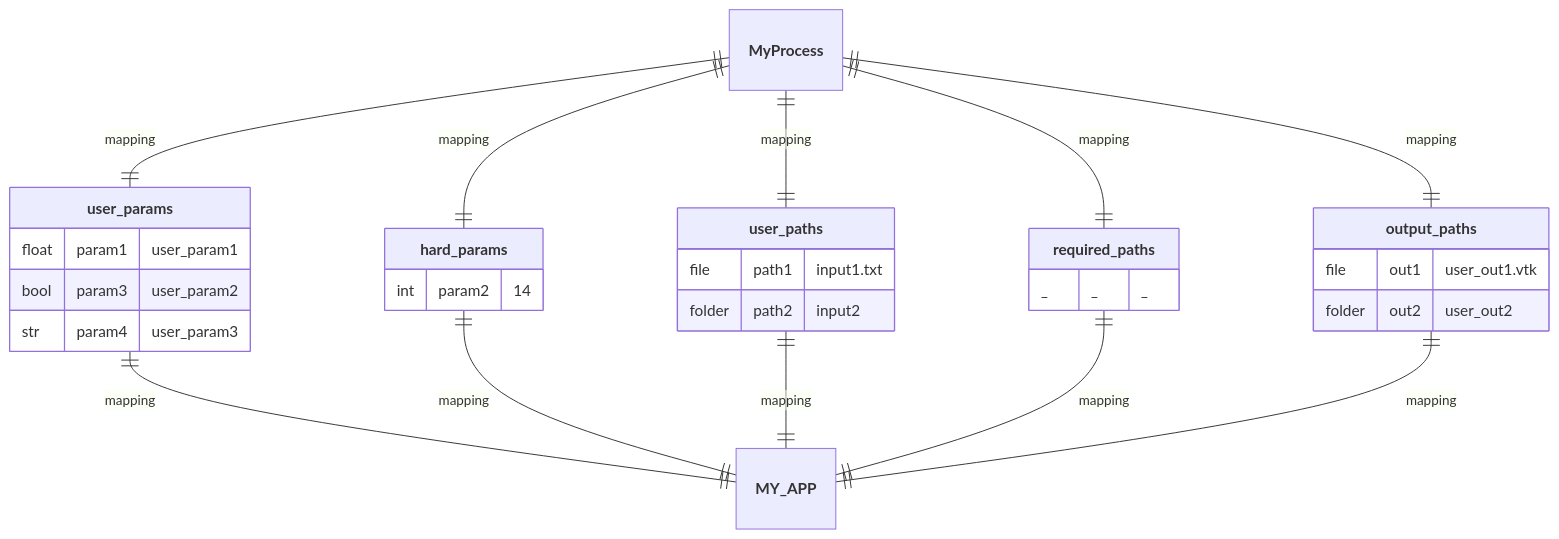
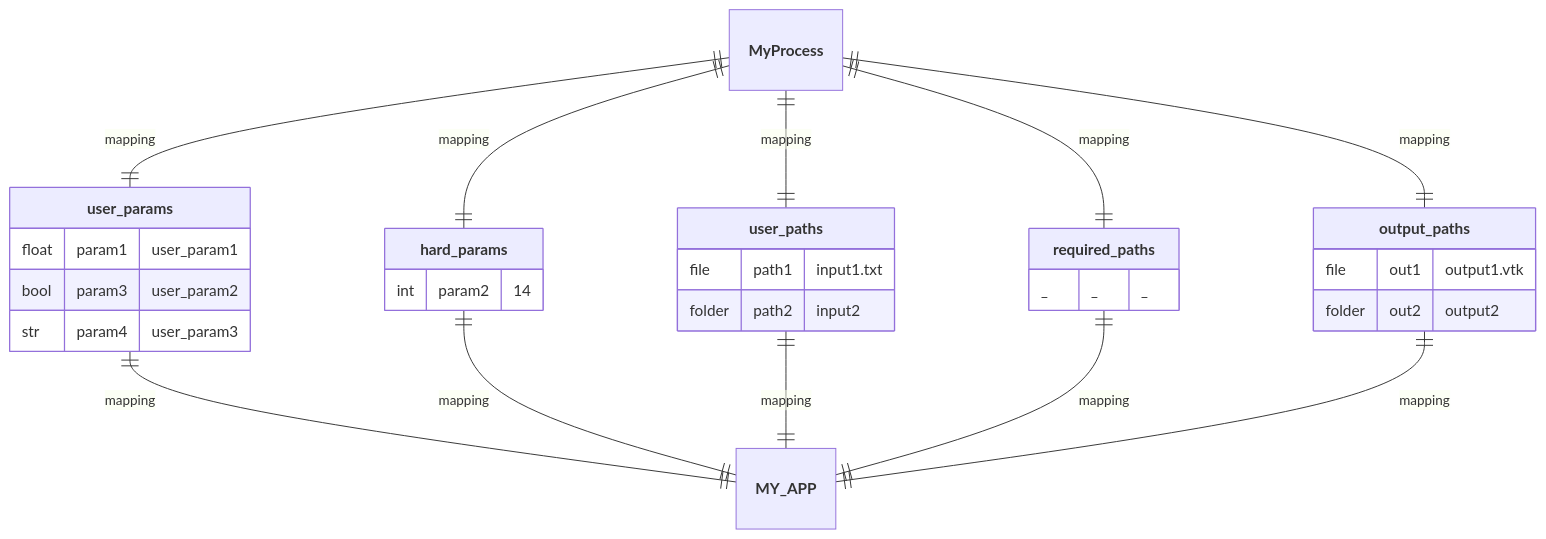
The ninth of 9 diagrams in README.md (nuremics/nuremics), drawn with Mermaid before and after one commit. The commit also changed other lines of this file, not shown here.

````diff
--- a/README.md
+++ b/README.md
@@ -253,33 +253,33 @@
 ```mermaid
 erDiagram
   **MyProcess** ||--|| **user_params** : mapping
   **MyProcess** ||--|| **hard_params** : mapping
   **MyProcess** ||--|| **user_paths** : mapping
   **MyProcess** ||--|| **required_paths** : mapping
   **MyProcess** ||--|| **output_paths** : mapping
   **user_params** ||--|| **MY_APP** : mapping
   **hard_params** ||--|| **MY_APP** : mapping
   **user_paths** ||--|| **MY_APP** : mapping
   **required_paths** ||--|| **MY_APP** : mapping
   **output_paths** ||--|| **MY_APP** : mapping
 
   **user_params** {
     float param1 "user_param1"
     bool param3 "user_param2"
     str param4 "user_param3"
   }
   **hard_params** {
     int param2 "14"
   }
   **user_paths** {
     file path1 "input1.txt"
     folder path2 "input2"
   }
   **required_paths** {
     _ _ "_"
   }
   **output_paths** {
-    file out1 "user_out1.vtk"
-    folder out2 "user_out2"
+    file out1 "output1.vtk"
+    folder out2 "output2"
   }
 ```
````
